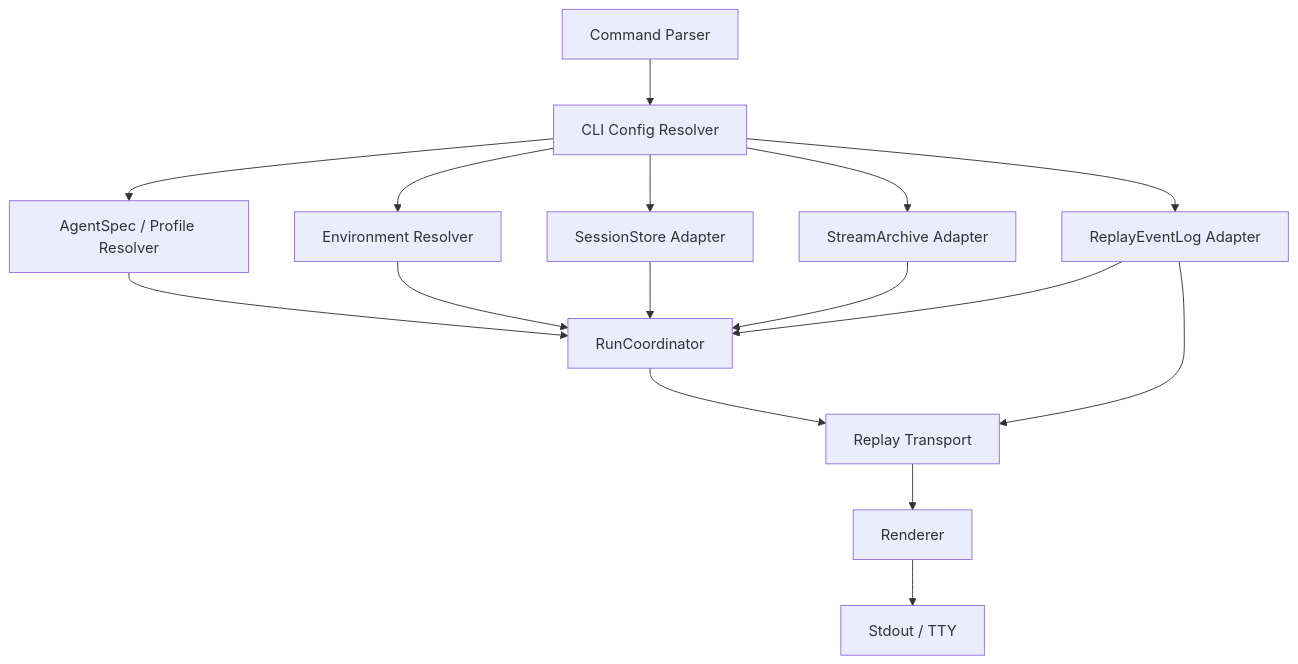
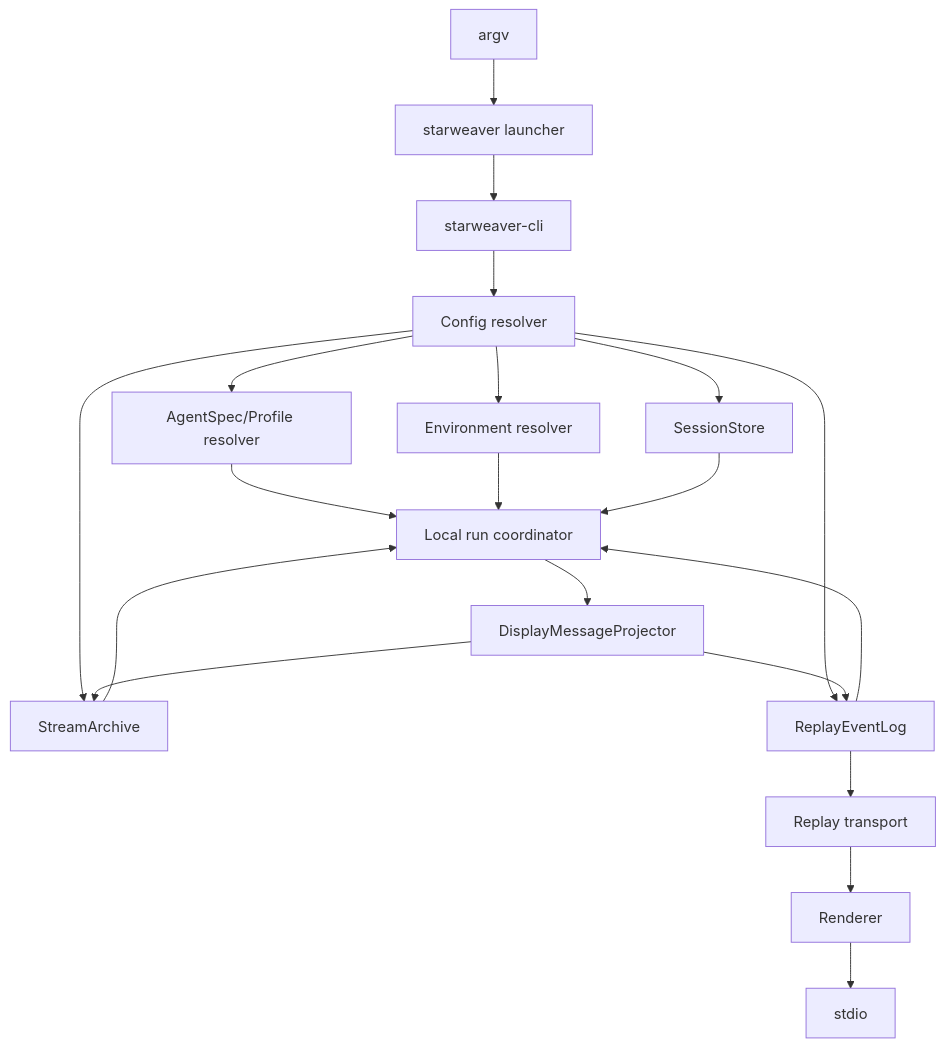
One commit to Wh1isper/starweaver changed the second of 3 diagrams in spec/ops/04-cli-product.md. Above: the diagram before and after it, drawn with Mermaid. The commit also changed other lines of this file and 29 other files, not shown here.

First line of the commit message:
feat: emit CLI display JSONL by default

````diff
--- a/spec/ops/04-cli-product.md
+++ b/spec/ops/04-cli-product.md
@@ -23,30 +190,37 @@
 ```mermaid
 flowchart TD
-    args[Command Parser]
-    config[CLI Config Resolver]
-    profile[AgentSpec / Profile Resolver]
-    env[Environment Resolver]
-    store[SessionStore Adapter]
-    archive[StreamArchive Adapter]
-    replay[ReplayEventLog Adapter]
-    coord[RunCoordinator]
-    transport[Replay Transport]
-    render[Renderer]
-    stdout[Stdout / TTY]
+    argv[argv]
+    launcher[starweaver launcher]
+    cli[starweaver-cli]
+    config[Config resolver]
+    profile[AgentSpec/Profile resolver]
+    env[Environment resolver]
+    store[SessionStore]
+    archive[StreamArchive]
+    replay[ReplayEventLog]
+    runner[Local run coordinator]
+    projector[DisplayMessageProjector]
+    transport[Replay transport]
+    renderer[Renderer]
+    stdout[stdio]
 
-    args --> config
+    argv --> launcher
+    launcher --> cli
+    cli --> config
     config --> profile
     config --> env
     config --> store
     config --> archive
     config --> replay
-    profile --> coord
-    env --> coord
-    store --> coord
-    archive --> coord
-    replay --> coord
-    coord --> transport
+    profile --> runner
+    env --> runner
+    store --> runner
+    archive --> runner
+    replay --> runner
+    runner --> projector
+    projector --> archive
+    projector --> replay
     replay --> transport
-    transport --> render
-    render --> stdout
+    transport --> renderer
+    renderer --> stdout
 ```
````
